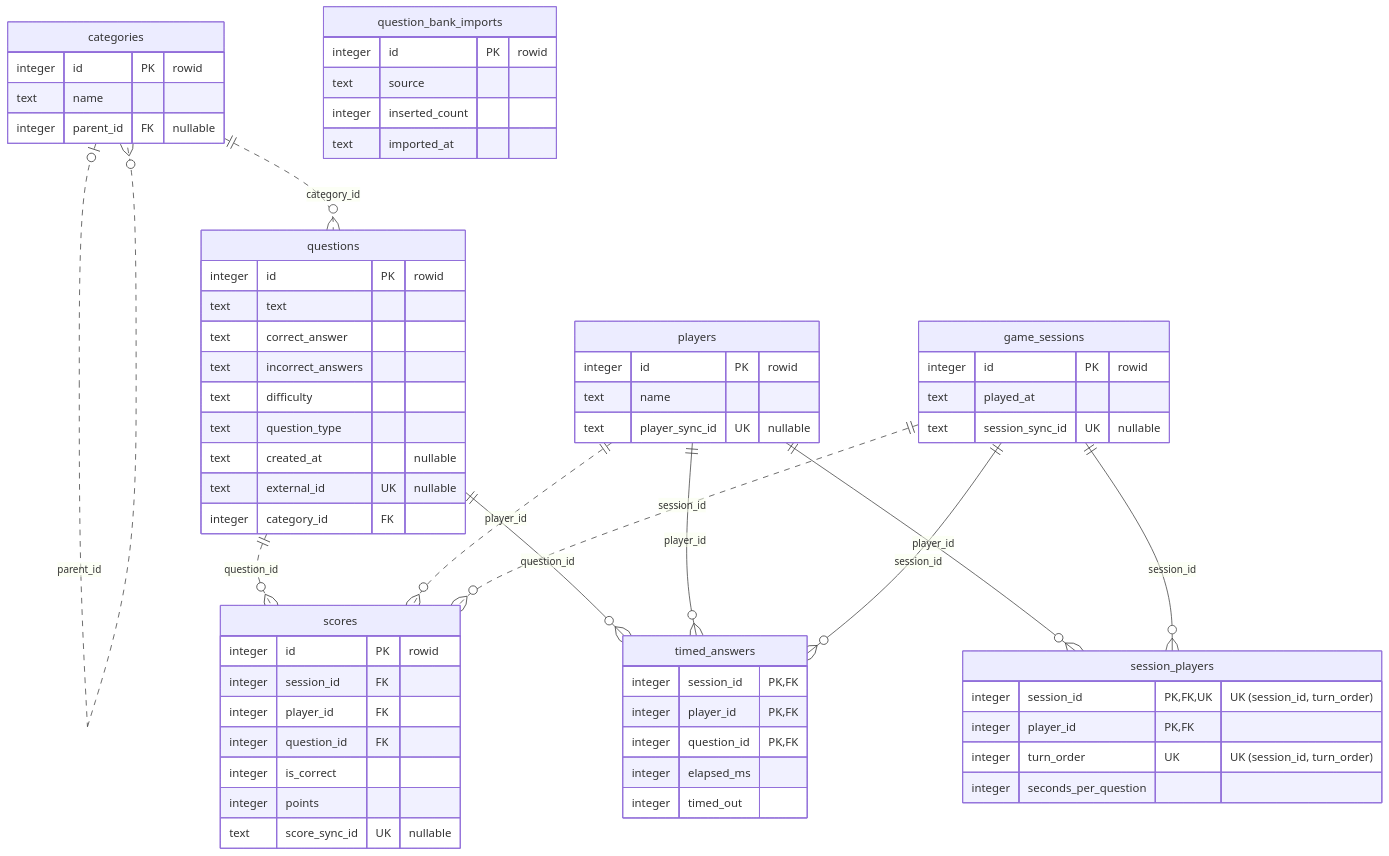
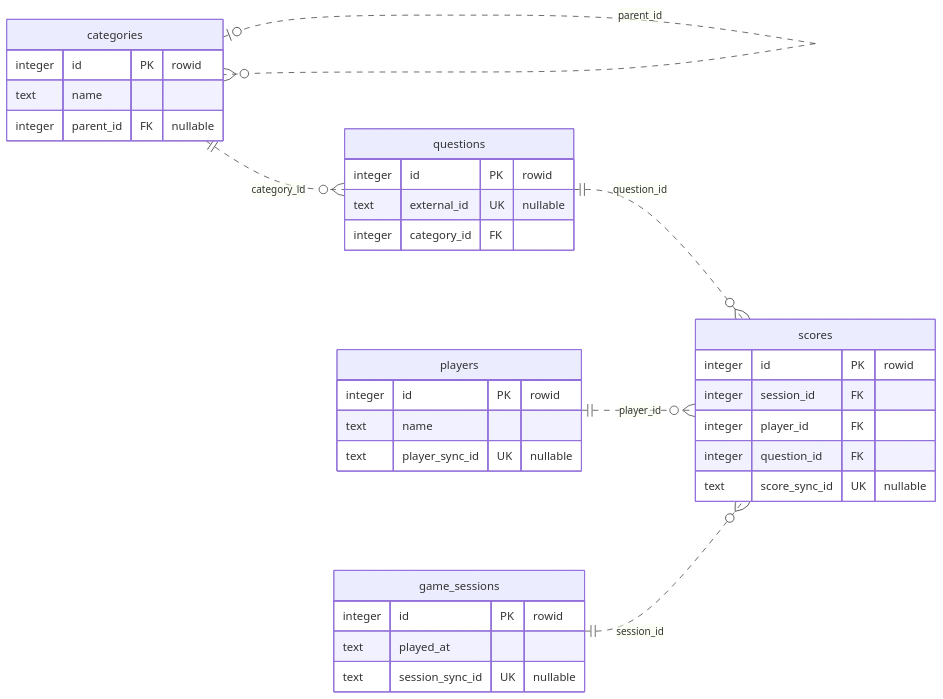
Before and after one commit to daevinsimbajon-web/cpe314-69167-capstone-team-02: the seventh of 10 diagrams in doc/design-document.md, drawn with Mermaid. The commit also changed other lines of this file and 160 other files, not shown here.

Commit message:
Complete M3 architecture cleanup, code corrections, and final documentation

````diff
--- a/doc/design-document.md
+++ b/doc/design-document.md
@@ -149,67 +266,36 @@
 ```mermaid
 erDiagram
+    direction LR
     categories o|..o{ categories : "parent_id"
     categories ||..o{ questions : "category_id"
     questions ||..o{ scores : "question_id"
     players ||..o{ scores : "player_id"
     game_sessions ||..o{ scores : "session_id"
-    players ||--o{ session_players : "player_id"
-    game_sessions ||--o{ session_players : "session_id"
-    questions ||--o{ timed_answers : "question_id"
-    players ||--o{ timed_answers : "player_id"
-    game_sessions ||--o{ timed_answers : "session_id"
     categories {
         integer id PK "rowid"
         text name
         integer parent_id FK "nullable"
     }
     game_sessions {
         integer id PK "rowid"
         text played_at
         text session_sync_id UK "nullable"
     }
     players {
         integer id PK "rowid"
         text name
         text player_sync_id UK "nullable"
     }
-    question_bank_imports {
-        integer id PK "rowid"
-        text source
-        integer inserted_count
-        text imported_at
-    }
     questions {
         integer id PK "rowid"
-        text text
-        text correct_answer
-        text incorrect_answers
-        text difficulty
-        text question_type
-        text created_at "nullable"
         text external_id UK "nullable"
         integer category_id FK
     }
     scores {
         integer id PK "rowid"
         integer session_id FK
         integer player_id FK
         integer question_id FK
-        integer is_correct
-        integer points
         text score_sync_id UK "nullable"
     }
-    session_players {
-        integer session_id PK,FK,UK "UK (session_id, turn_order)"
-        integer player_id PK,FK
-        integer turn_order UK "UK (session_id, turn_order)"
-        integer seconds_per_question
-    }
-    timed_answers {
-        integer session_id PK,FK
-        integer player_id PK,FK
-        integer question_id PK,FK
-        integer elapsed_ms
-        integer timed_out
-    }
 ```
````
